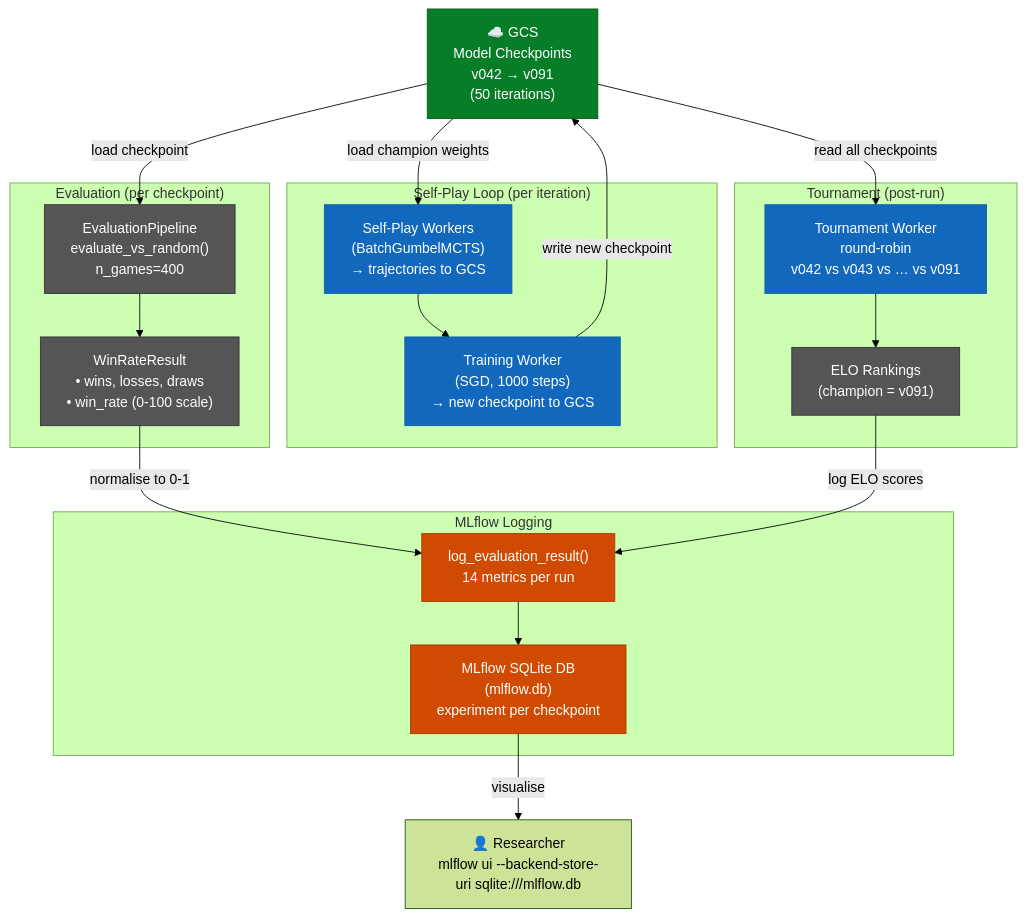
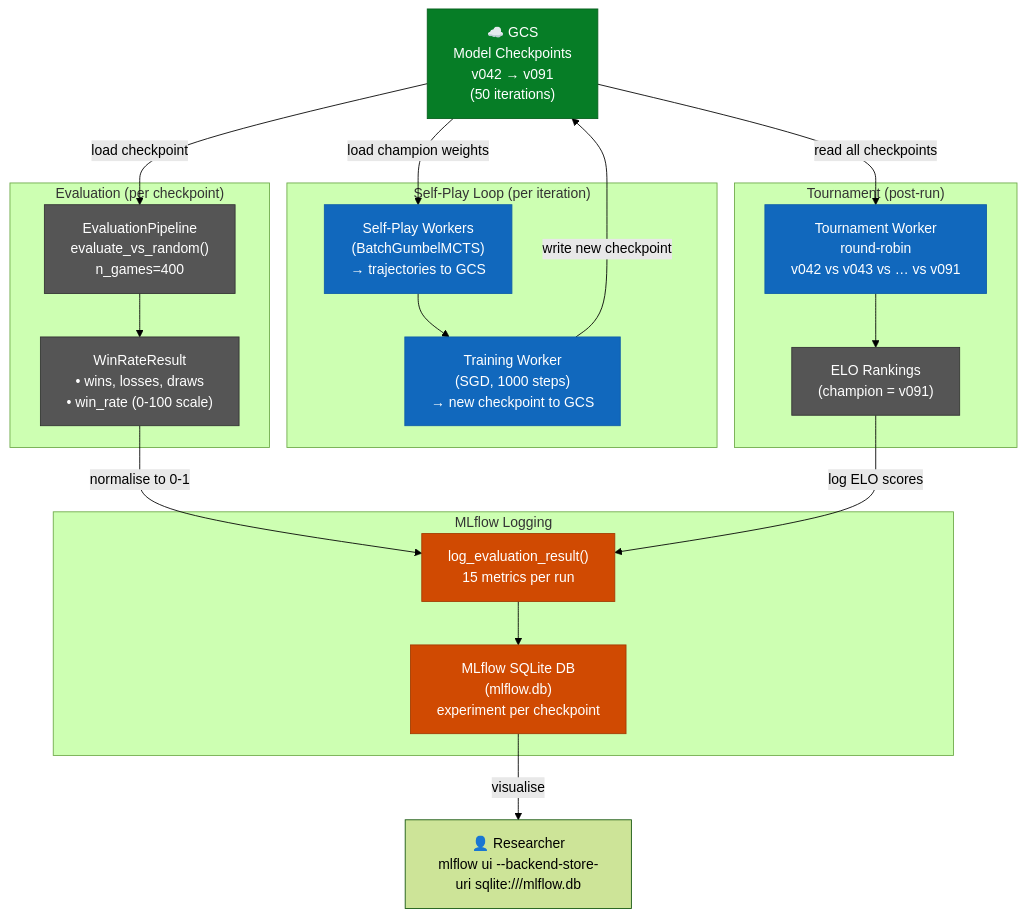
Before and after one commit to Mango-Metrics-NLM/Civ6-AlphaZero: the sixth of 8 diagrams in docs/architecture/C4_ARCHITECTURE.md, drawn with Mermaid (forest theme). The commit also changed other lines of this file and 56 other files, not shown here.

````diff
--- a/docs/architecture/C4_ARCHITECTURE.md
+++ b/docs/architecture/C4_ARCHITECTURE.md
@@ -354,46 +354,46 @@
 ```mermaid
 flowchart TD
     classDef gcs fill:#067D26,color:#fff,stroke:#055E1C
     classDef worker fill:#1168BD,color:#fff,stroke:#0E5EA8
     classDef mlflow fill:#D04A02,color:#fff,stroke:#A33A01
     classDef eval fill:#555,color:#fff,stroke:#333
 
     GCSCheckpoints["☁️ GCS\nModel Checkpoints\nv042 → v091\n(50 iterations)"]:::gcs
 
     subgraph SelfPlayLoop["Self-Play Loop (per iteration)"]
         SP["Self-Play Workers\n(BatchGumbelMCTS)\n→ trajectories to GCS"]:::worker
         Train["Training Worker\n(SGD, 1000 steps)\n→ new checkpoint to GCS"]:::worker
         SP --> Train
     end
 
     GCSCheckpoints -->|"load champion weights"| SP
     Train -->|"write new checkpoint"| GCSCheckpoints
 
     subgraph Tournament["Tournament (post-run)"]
         TW["Tournament Worker\nround-robin\nv042 vs v043 vs … vs v091"]:::worker
         ELO["ELO Rankings\n(champion = v091)"]:::eval
         TW --> ELO
     end
 
     GCSCheckpoints -->|"read all checkpoints"| TW
 
     subgraph Evaluation["Evaluation (per checkpoint)"]
         EP["EvaluationPipeline\nevaluate_vs_random()\nn_games=400"]:::eval
         WRR["WinRateResult\n• wins, losses, draws\n• win_rate (0-100 scale)"]:::eval
         EP --> WRR
     end
 
     GCSCheckpoints -->|"load checkpoint"| EP
 
     subgraph MLflowLogging["MLflow Logging"]
-        LER["log_evaluation_result()\n14 metrics per run"]:::mlflow
+        LER["log_evaluation_result()\n15 metrics per run"]:::mlflow
         MLflowDB["MLflow SQLite DB\n(mlflow.db)\nexperiment per checkpoint"]:::mlflow
         LER --> MLflowDB
     end
 
     WRR -->|"normalise to 0-1"| LER
     ELO -->|"log ELO scores"| LER
 
     User["👤 Researcher\nmlflow ui --backend-store-uri sqlite:///mlflow.db"]
     MLflowDB -->|"visualise"| User
 ```
````
